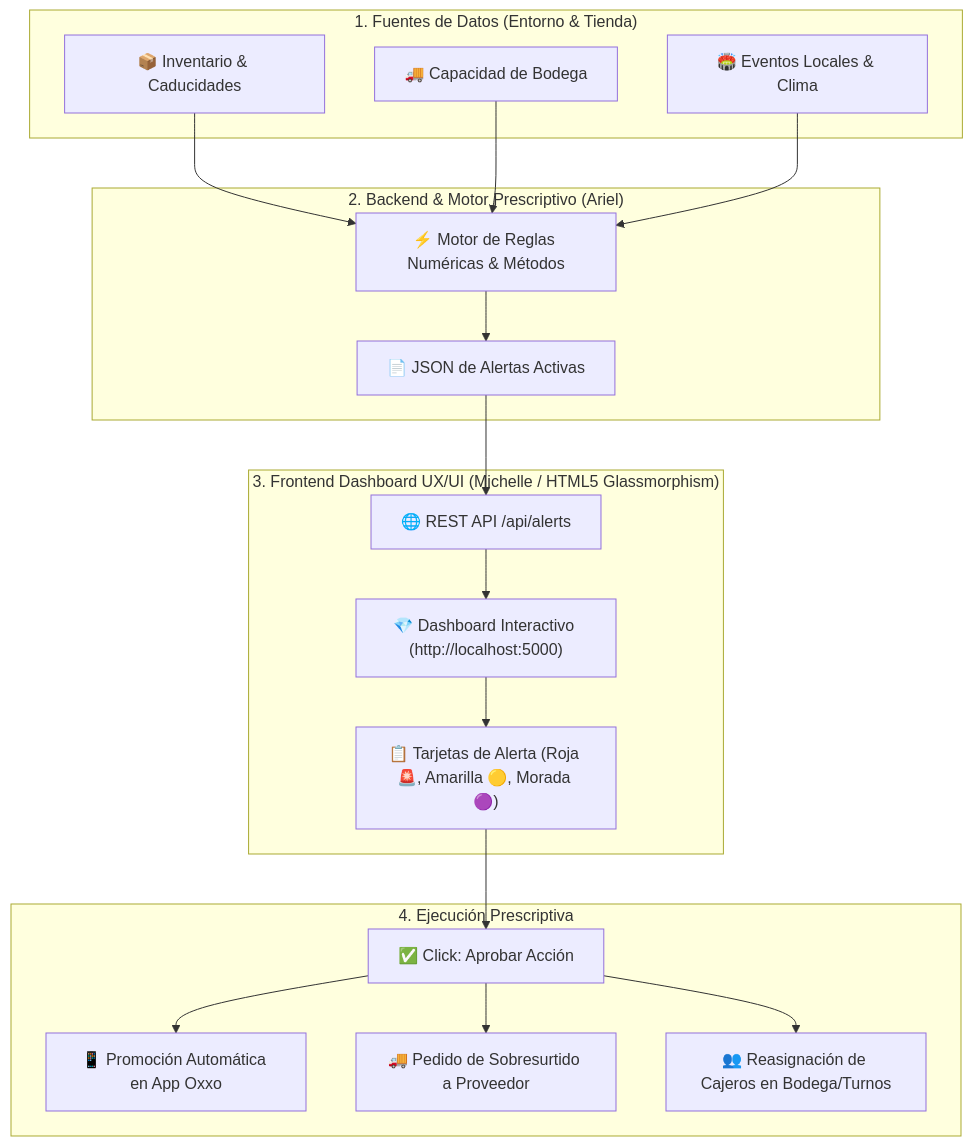
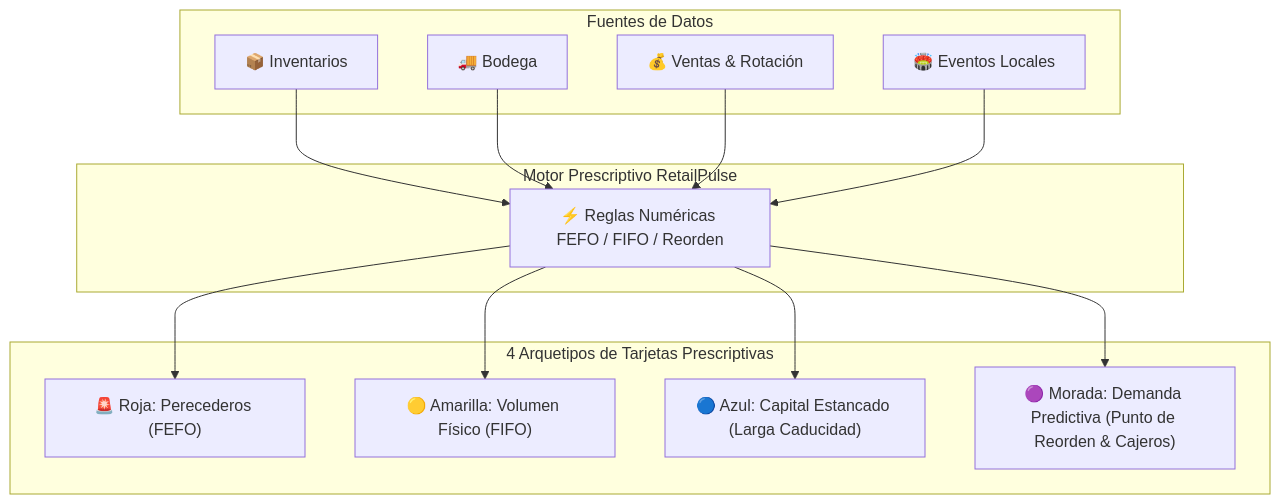
Before and after one commit to Ariel-Hdz-Gar/RoadToTech-HackProject: the diagram in README.md, drawn with Mermaid. The commit also changed other lines of this file and 2 other files, not shown here.

Commit message:
feat: Update MVP Frontend and README with 4 Archetypes (Red, Yellow, Blue, Purple cards)

````diff
--- a/README.md
+++ b/README.md
@@ -52,37 +44,30 @@
 ```mermaid
 flowchart TD
-    subgraph DataSources["1. Fuentes de Datos (Entorno & Tienda)"]
-        INV["📦 Inventario & Caducidades"]
-        LOG["🚚 Capacidad de Bodega"]
-        EVT["🏟️ Eventos Locales & Clima"]
+    subgraph DataSources["Fuentes de Datos"]
+        INV["📦 Inventarios"]
+        LOG["🚚 Bodega"]
+        FIN["💰 Ventas & Rotación"]
+        EVT["🏟️ Eventos Locales"]
     end
 
-    subgraph BackendEngine["2. Backend & Motor Prescriptivo (Ariel)"]
-        ENG["⚡ Motor de Reglas Numéricas & Métodos"]
-        JSON["📄 JSON de Alertas Activas"]
-        INV --> ENG
-        LOG --> ENG
-        EVT --> ENG
-        ENG --> JSON
+    subgraph Engine["Motor Prescriptivo RetailPulse"]
+        RULE["⚡ Reglas Numéricas FEFO / FIFO / Reorden"]
     end
 
-    subgraph FrontendUI["3. Frontend Dashboard UX/UI (Michelle / HTML5 Glassmorphism)"]
-        API["🌐 REST API /api/alerts"]
-        DASH["💎 Dashboard Interactivo (http://localhost:5000)"]
-        CARDS["📋 Tarjetas de Alerta (Roja 🚨, Amarilla 🟡, Morada 🟣)"]
-        JSON --> API
-        API --> DASH
-        DASH --> CARDS
+    subgraph Archetypes["4 Arquetipos de Tarjetas Prescriptivas"]
+        RED["🚨 Roja: Perecederos (FEFO)"]
+        YEL["🟡 Amarilla: Volumen Físico (FIFO)"]
+        BLU["🔵 Azul: Capital Estancado (Larga Caducidad)"]
+        PUR["🟣 Morada: Demanda Predictiva (Punto de Reorden & Cajeros)"]
     end
 
-    subgraph Execution["4. Ejecución Prescriptiva"]
-        BTN["✅ Click: Aprobar Acción"]
-        APP["📱 Promoción Automática en App Oxxo"]
-        SUPP["🚚 Pedido de Sobresurtido a Proveedor"]
-        STAFF["👥 Reasignación de Cajeros en Bodega/Turnos"]
-        CARDS --> BTN
-        BTN --> APP
-        BTN --> SUPP
-        BTN --> STAFF
-    end
+    INV --> RULE
+    LOG --> RULE
+    FIN --> RULE
+    EVT --> RULE
+
+    RULE --> RED
+    RULE --> YEL
+    RULE --> BLU
+    RULE --> PUR
 ```
````
